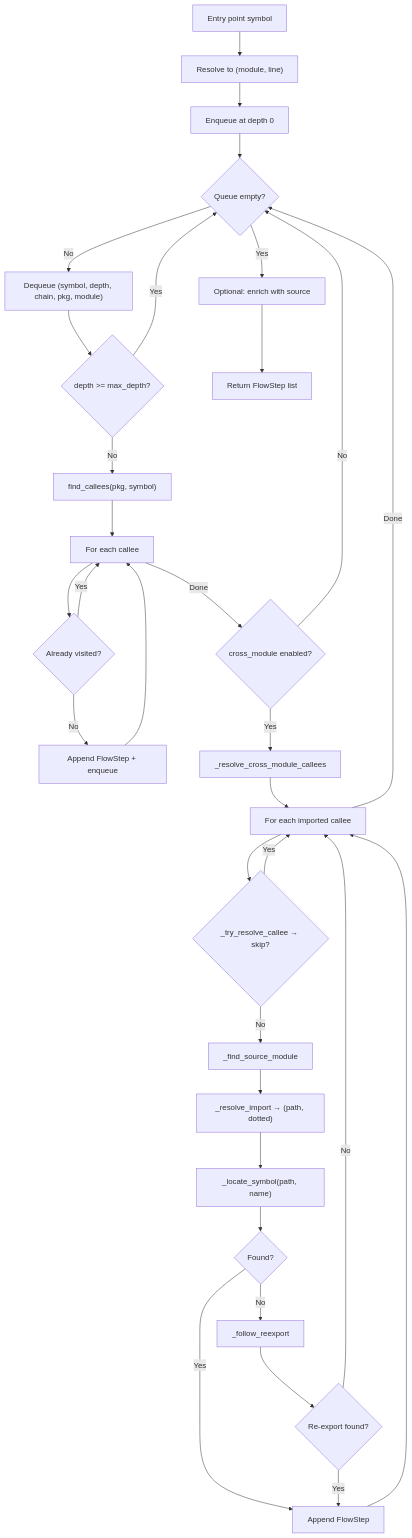
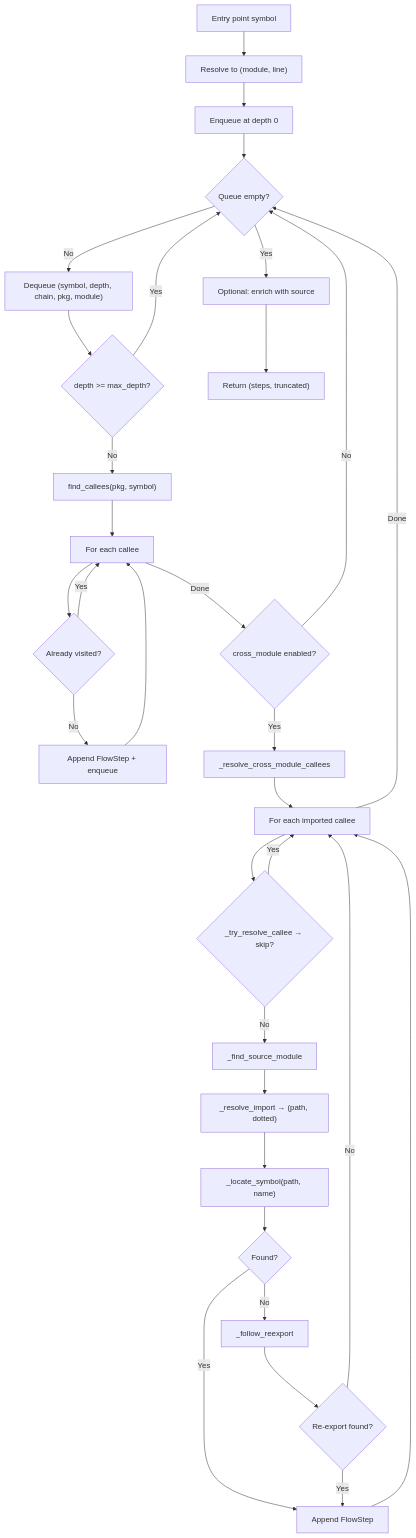
Before and after one commit to axm-protocols/axm-forge: the diagram in packages/axm-ast/docs/explanation/cross_module_resolution.md, drawn with Mermaid. The commit also changed other lines of this file and 15 other files, not shown here.

First line of the commit message:
feat(axm-ast): add truncation flag to trace_flow return value

````diff
--- a/packages/axm-ast/docs/explanation/cross_module_resolution.md
+++ b/packages/axm-ast/docs/explanation/cross_module_resolution.md
@@ -7,34 +7,34 @@
 ```mermaid
 flowchart TD
     A["Entry point symbol"] --> B["Resolve to (module, line)"]
     B --> C["Enqueue at depth 0"]
     C --> D{"Queue empty?"}
     D -- No --> E["Dequeue (symbol, depth, chain, pkg, module)"]
     E --> F{"depth >= max_depth?"}
     F -- Yes --> D
     F -- No --> G["find_callees(pkg, symbol)"]
     G --> H["For each callee"]
     H --> I{"Already visited?"}
     I -- Yes --> H
     I -- No --> J["Append FlowStep + enqueue"]
     J --> H
     H -- Done --> K{"cross_module enabled?"}
     K -- No --> D
     K -- Yes --> L["_resolve_cross_module_callees"]
     L --> M["For each imported callee"]
     M --> N{"_try_resolve_callee → skip?"}
     N -- Yes --> M
     N -- No --> N2["_find_source_module"]
     N2 --> O["_resolve_import → (path, dotted)"]
     O --> P["_locate_symbol(path, name)"]
     P --> Q{"Found?"}
     Q -- Yes --> R["Append FlowStep"]
     Q -- No --> S["_follow_reexport"]
     S --> T{"Re-export found?"}
     T -- Yes --> R
     T -- No --> M
     R --> M
     M -- Done --> D
     D -- Yes --> U["Optional: enrich with source"]
-    U --> V["Return FlowStep list"]
+    U --> V["Return (steps, truncated)"]
 ```
````
